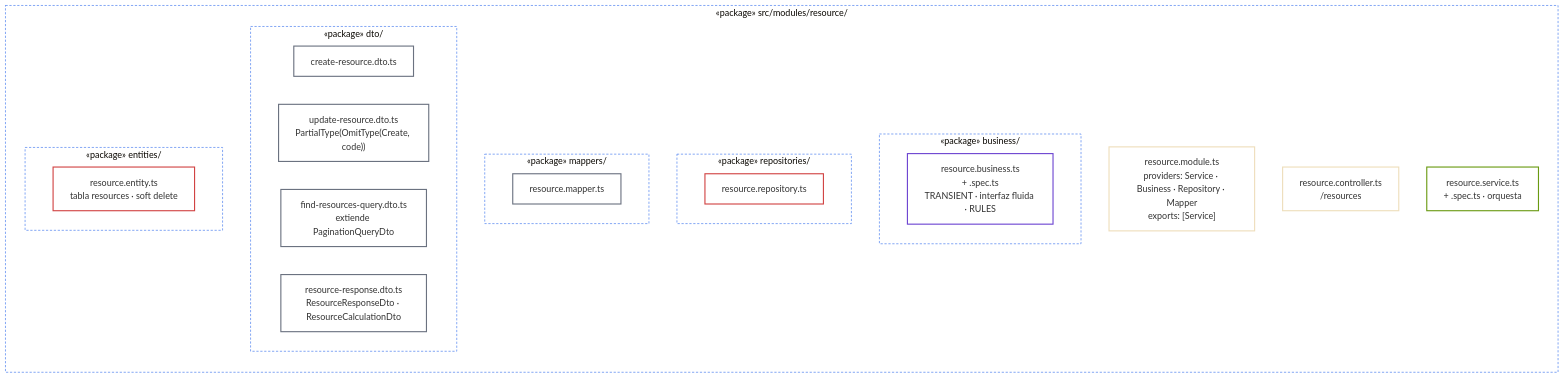
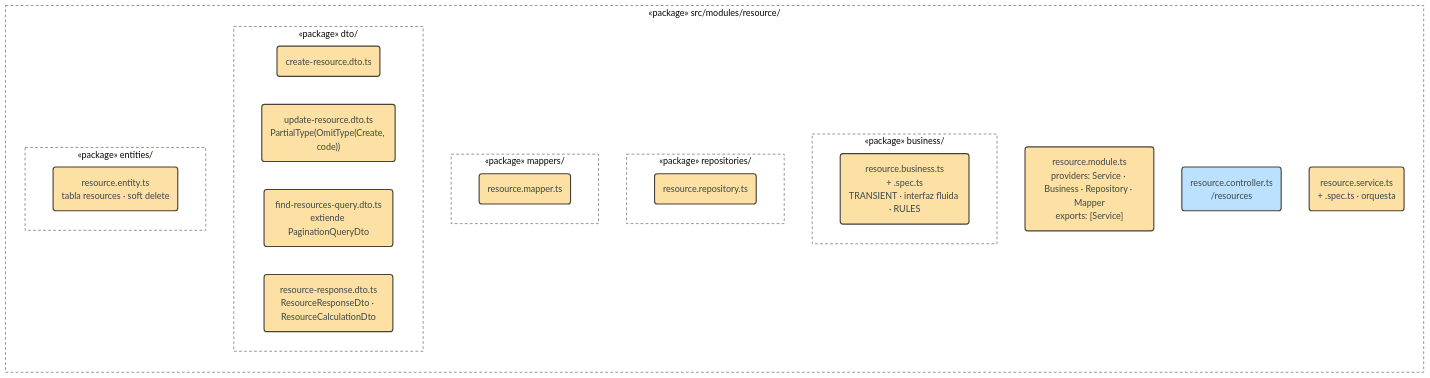
The fourth of 19 diagrams in docs/architecture.md (pcarroza91/nest-template), drawn with Mermaid (base theme) before and after one commit. The commit also changed other lines of this file and 2 other files, not shown here.

First line of the commit message:
docs(architecture): aplica el estilo pastel por rol a los diagramas Mermaid

````diff
--- a/docs/architecture.md
+++ b/docs/architecture.md
@@ -148,39 +139,34 @@
 ```mermaid
 flowchart LR
     subgraph RESF["«package» src/modules/resource/"]
-        F1["resource.module.ts<br/>providers: Service · Business · Repository · Mapper<br/>exports: [Service]"]
-        F2["resource.controller.ts<br/>/resources"]
-        F3["resource.service.ts<br/>+ .spec.ts · orquesta"]
+        F1("resource.module.ts<br/>providers: Service · Business · Repository · Mapper<br/>exports: [Service]")
+        F2("resource.controller.ts<br/>/resources")
+        F3("resource.service.ts<br/>+ .spec.ts · orquesta")
         subgraph FB["«package» business/"]
-            F4["resource.business.ts<br/>+ .spec.ts<br/>TRANSIENT · interfaz fluida · RULES"]
+            F4("resource.business.ts<br/>+ .spec.ts<br/>TRANSIENT · interfaz fluida · RULES")
         end
         subgraph FR["«package» repositories/"]
-            F5["resource.repository.ts"]
+            F5("resource.repository.ts")
         end
         subgraph FM["«package» mappers/"]
-            F6["resource.mapper.ts"]
+            F6("resource.mapper.ts")
         end
         subgraph FD["«package» dto/"]
-            F7["create-resource.dto.ts"]
-            F8["update-resource.dto.ts<br/>PartialType(OmitType(Create, code))"]
-            F9["find-resources-query.dto.ts<br/>extiende PaginationQueryDto"]
-            F10["resource-response.dto.ts<br/>ResourceResponseDto · ResourceCalculationDto"]
+            F7("create-resource.dto.ts")
+            F8("update-resource.dto.ts<br/>PartialType(OmitType(Create, code))")
+            F9("find-resources-query.dto.ts<br/>extiende PaginationQueryDto")
+            F10("resource-response.dto.ts<br/>ResourceResponseDto · ResourceCalculationDto")
         end
         subgraph FE["«package» entities/"]
-            F11["resource.entity.ts<br/>tabla resources · soft delete"]
+            F11("resource.entity.ts<br/>tabla resources · soft delete")
         end
     end
 
-    classDef pkgFeature fill:transparent,stroke:#2563eb,stroke-dasharray:4 3
-    classDef root fill:transparent,stroke-width:2px
-    classDef service fill:transparent,stroke:#6a9a12,stroke-width:2px
-    classDef store fill:transparent,stroke:#6d45d1,stroke-width:2px
-    classDef core fill:transparent,stroke:#d14343,stroke-width:2px
-    classDef pure fill:transparent,stroke:#6b7280,stroke-width:2px
-    class RESF,FB,FR,FM,FD,FE pkgFeature
-    class F1,F2 root
-    class F3 service
-    class F4 store
-    class F5,F11 core
-    class F6,F7,F8,F9,F10 pure
+    classDef entry fill:#bce1ff,stroke:#494238,stroke-width:2px,color:#3c4747
+    classDef domain fill:#fde0a3,stroke:#494238,stroke-width:2px,color:#3c4747
+    classDef pkg fill:transparent,stroke:#8a857d,stroke-width:1.5px,stroke-dasharray:5 4
+    class F2 entry
+    class F1,F3,F4,F5,F6,F7,F8,F9,F10,F11 domain
+    class RESF,FB,FR,FM,FD,FE pkg
+    linkStyle default stroke-dasharray:6 4
 ```
````
